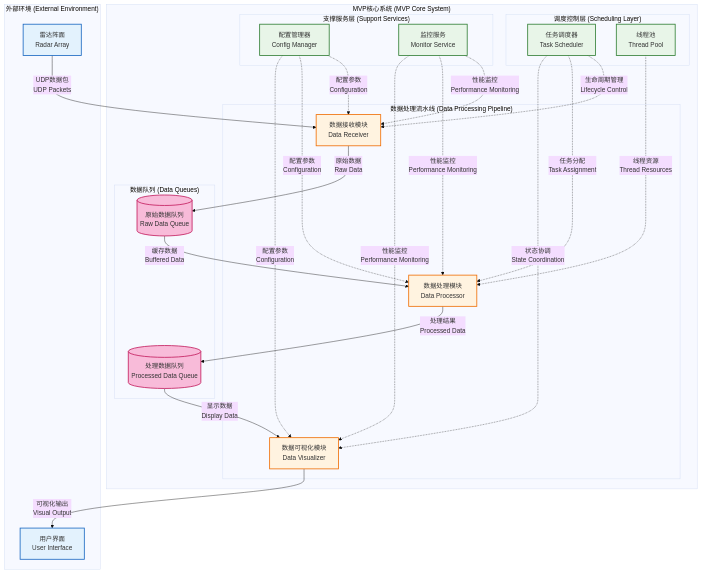
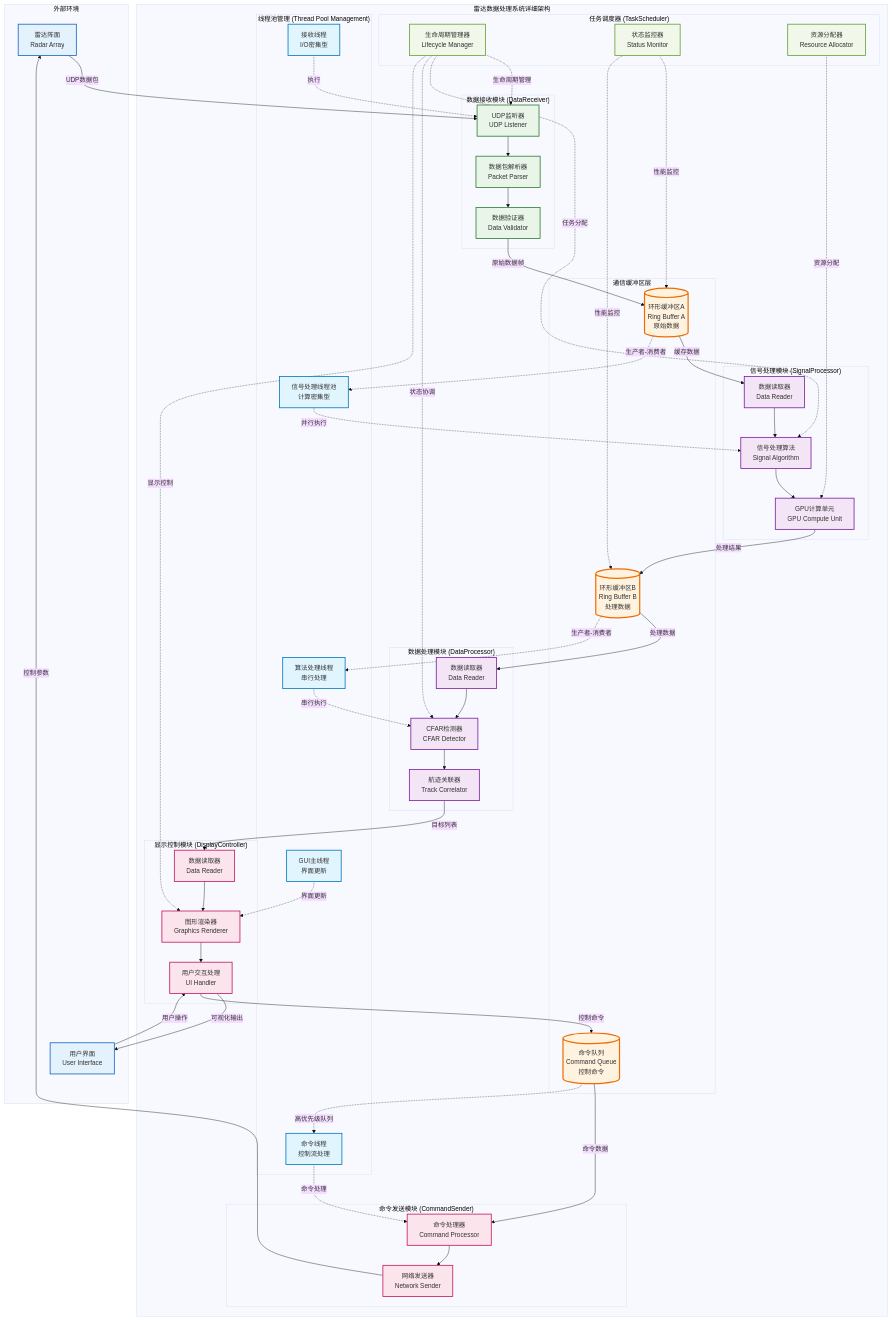
The first of 51 diagrams in docs/01_项目设计/MVP系统设计文档.md (wendizhou99-cell/Radar), drawn with Mermaid (base theme) before and after one commit. The commit also changed other lines of this file and 208 other files, not shown here.

````diff
--- a/docs/01_项目设计/MVP系统设计文档.md
+++ b/docs/01_项目设计/MVP系统设计文档.md
@@ -144,63 +133,124 @@
 ```mermaid
 flowchart TB
-    subgraph "外部环境 (External Environment)"
+    subgraph "外部环境"
         RADAR[雷达阵面<br/>Radar Array]
         USER[用户界面<br/>User Interface]
     end
 
-    subgraph "MVP核心系统 (MVP Core System)"
-        subgraph "调度控制层 (Scheduling Layer)"
-            SCHEDULER[任务调度器<br/>Task Scheduler]
-            THREAD_POOL[线程池<br/>Thread Pool]
+    subgraph "雷达数据处理系统详细架构"
+
+        subgraph "数据接收模块 (DataReceiver)"
+            DR_UDP[UDP监听器<br/>UDP Listener]
+            DR_PARSER[数据包解析器<br/>Packet Parser]
+            DR_VALIDATOR[数据验证器<br/>Data Validator]
         end
 
-        subgraph "数据处理流水线 (Data Processing Pipeline)"
-            RECEIVER[数据接收模块<br/>Data Receiver]
-            PROCESSOR[数据处理模块<br/>Data Processor]
-            VISUALIZER[数据可视化模块<br/>Data Visualizer]
+        subgraph "通信缓冲区层"
+            BUFFER_A[(环形缓冲区A<br/>Ring Buffer A<br/>原始数据)]
+            BUFFER_B[(环形缓冲区B<br/>Ring Buffer B<br/>处理数据)]
+            CMD_QUEUE[(命令队列<br/>Command Queue<br/>控制命令)]
         end
 
-        subgraph "支撑服务层 (Support Services)"
-            CONFIG_MGR[配置管理器<br/>Config Manager]
-            MONITOR[监控服务<br/>Monitor Service]
+        subgraph "信号处理模块 (SignalProcessor)"
+            SP_READER[数据读取器<br/>Data Reader]
+            SP_ALGORITHM[信号处理算法<br/>Signal Algorithm]
+            SP_GPU[GPU计算单元<br/>GPU Compute Unit]
         end
 
-        subgraph "数据队列 (Data Queues)"
-            RAW_QUEUE[(原始数据队列<br/>Raw Data Queue)]
-            PROCESSED_QUEUE[(处理数据队列<br/>Processed Data Queue)]
+        subgraph "数据处理模块 (DataProcessor)"
+            DP_READER[数据读取器<br/>Data Reader]
+            DP_CFAR[CFAR检测器<br/>CFAR Detector]
+            DP_TRACKER[航迹关联器<br/>Track Correlator]
+        end
+
+        subgraph "显示控制模块 (DisplayController)"
+            DC_READER[数据读取器<br/>Data Reader]
+            DC_RENDERER[图形渲染器<br/>Graphics Renderer]
+            DC_UI[用户交互处理<br/>UI Handler]
+        end
+
+        subgraph "命令发送模块 (CommandSender)"
+            CS_PROCESSOR[命令处理器<br/>Command Processor]
+            CS_SENDER[网络发送器<br/>Network Sender]
+        end
+
+        subgraph "任务调度器 (TaskScheduler)"
+            TS_MANAGER[生命周期管理器<br/>Lifecycle Manager]
+            TS_MONITOR[状态监控器<br/>Status Monitor]
+            TS_RESOURCE[资源分配器<br/>Resource Allocator]
+        end
+
+        subgraph "线程池管理 (Thread Pool Management)"
+            RECEIVER_THREAD[接收线程<br/>I/O密集型]
+            SIGNAL_THREAD_POOL[信号处理线程池<br/>计算密集型]
+            ALGORITHM_THREAD[算法处理线程<br/>串行处理]
+            UI_THREAD[GUI主线程<br/>界面更新]
+            CMD_THREAD[命令线程<br/>控制流处理]
         end
     end
 
-    %% 数据流向
-    RADAR -->|UDP数据包<br/>UDP Packets| RECEIVER
-    RECEIVER -->|原始数据<br/>Raw Data| RAW_QUEUE
-    RAW_QUEUE -->|缓存数据<br/>Buffered Data| PROCESSOR
-    PROCESSOR -->|处理结果<br/>Processed Data| PROCESSED_QUEUE
-    PROCESSED_QUEUE -->|显示数据<br/>Display Data| VISUALIZER
-    VISUALIZER -->|可视化输出<br/>Visual Output| USER
+    %% 数据流 (下行流 - 高吞吐)
+    RADAR -->|UDP数据包| DR_UDP
+    DR_UDP --> DR_PARSER
+    DR_PARSER --> DR_VALIDATOR
+    DR_VALIDATOR -->|原始数据帧| BUFFER_A
 
-    %% 调度控制关系
-    SCHEDULER -.->|生命周期管理<br/>Lifecycle Control| RECEIVER
-    SCHEDULER -.->|任务分配<br/>Task Assignment| PROCESSOR
-    SCHEDULER -.->|状态协调<br/>State Coordination| VISUALIZER
-    THREAD_POOL -.->|线程资源<br/>Thread Resources| PROCESSOR
+    BUFFER_A -->|缓存数据| SP_READER
+    SP_READER --> SP_ALGORITHM
+    SP_ALGORITHM --> SP_GPU
+    SP_GPU -->|处理结果| BUFFER_B
 
-    %% 配置和监控
-    CONFIG_MGR -.->|配置参数<br/>Configuration| RECEIVER
-    CONFIG_MGR -.->|配置参数<br/>Configuration| PROCESSOR
-    CONFIG_MGR -.->|配置参数<br/>Configuration| VISUALIZER
-    MONITOR -.->|性能监控<br/>Performance Monitoring| RECEIVER
-    MONITOR -.->|性能监控<br/>Performance Monitoring| PROCESSOR
-    MONITOR -.->|性能监控<br/>Performance Monitoring| VISUALIZER
+    BUFFER_B -->|处理数据| DP_READER
+    DP_READER --> DP_CFAR
+    DP_CFAR --> DP_TRACKER
+    DP_TRACKER -->|目标列表| DC_READER
 
-    %% 应用全局样式
-    classDef base fill:#e3f2fd,stroke:#1565c0,stroke-width:2px
-    classDef core fill:#e8f5e8,stroke:#2e7d32,stroke-width:2px
-    classDef app fill:#fff3e0,stroke:#ef6c00,stroke-width:2px
-    classDef adv fill:#f8bbd9,stroke:#c2185b,stroke-width:2px
+    DC_READER --> DC_RENDERER
+    DC_RENDERER --> DC_UI
+    DC_UI -->|可视化输出| USER
 
-    class RADAR,USER base
-    class SCHEDULER,THREAD_POOL,CONFIG_MGR,MONITOR core
-    class RECEIVER,PROCESSOR,VISUALIZER app
-    class RAW_QUEUE,PROCESSED_QUEUE adv
+    %% 控制流 (上行流 - 低延迟高优先级)
+    USER -->|用户操作| DC_UI
+    DC_UI -->|控制命令| CMD_QUEUE
+    CMD_QUEUE -->|命令数据| CS_PROCESSOR
+    CS_PROCESSOR --> CS_SENDER
+    CS_SENDER -->|控制参数| RADAR
+
+    %% 调度控制关系 (虚线表示管理关系)
+    TS_MANAGER -.->|生命周期管理| DR_UDP
+    TS_MANAGER -.->|任务分配| SP_ALGORITHM
+    TS_MANAGER -.->|状态协调| DP_CFAR
+    TS_MANAGER -.->|显示控制| DC_RENDERER
+    TS_MONITOR -.->|性能监控| BUFFER_A
+    TS_MONITOR -.->|性能监控| BUFFER_B
+    TS_RESOURCE -.->|资源分配| SP_GPU
+
+    %% 线程调度关系
+    RECEIVER_THREAD -.->|执行| DR_UDP
+    SIGNAL_THREAD_POOL -.->|并行执行| SP_ALGORITHM
+    ALGORITHM_THREAD -.->|串行执行| DP_CFAR
+    UI_THREAD -.->|界面更新| DC_RENDERER
+    CMD_THREAD -.->|命令处理| CS_PROCESSOR
+
+    %% 并发同步机制
+    BUFFER_A -.->|生产者-消费者| SIGNAL_THREAD_POOL
+    BUFFER_B -.->|生产者-消费者| ALGORITHM_THREAD
+    CMD_QUEUE -.->|高优先级队列| CMD_THREAD
+
+    %% 样式定义
+    classDef external fill:#e3f2fd,stroke:#1565c0,stroke-width:2px
+    classDef receiver fill:#e8f5e8,stroke:#2e7d32,stroke-width:2px
+    classDef buffer fill:#fff3e0,stroke:#ef6c00,stroke-width:3px
+    classDef processor fill:#f3e5f5,stroke:#7b1fa2,stroke-width:2px
+    classDef display fill:#fce4ec,stroke:#c2185b,stroke-width:2px
+    classDef scheduler fill:#f1f8e9,stroke:#689f38,stroke-width:2px
+    classDef threads fill:#e1f5fe,stroke:#0277bd,stroke-width:2px
+
+    class RADAR,USER external
+    class DR_UDP,DR_PARSER,DR_VALIDATOR receiver
+    class BUFFER_A,BUFFER_B,CMD_QUEUE buffer
+    class SP_READER,SP_ALGORITHM,SP_GPU,DP_READER,DP_CFAR,DP_TRACKER processor
+    class DC_READER,DC_RENDERER,DC_UI,CS_PROCESSOR,CS_SENDER display
+    class TS_MANAGER,TS_MONITOR,TS_RESOURCE scheduler
+    class RECEIVER_THREAD,SIGNAL_THREAD_POOL,ALGORITHM_THREAD,UI_THREAD,CMD_THREAD threads
 ```
````
